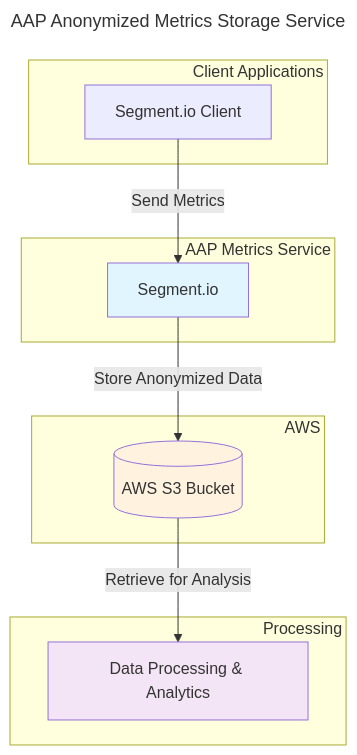
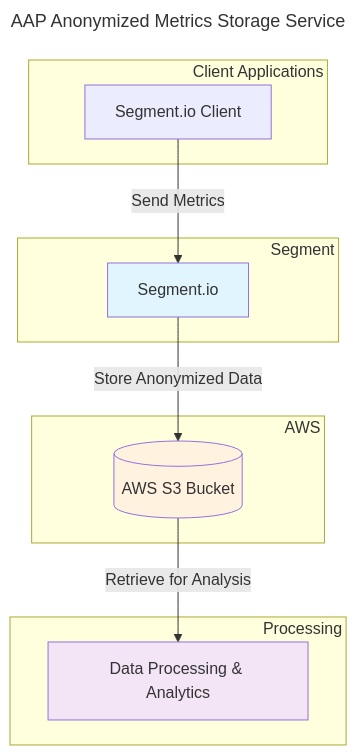
One commit to benthomasson/aap-metrics-demo changed the diagram in README.md. Above: the diagram before and after it, drawn with Mermaid.

Commit message:
Tweak diagram

````diff
--- a/README.md
+++ b/README.md
@@ -14,29 +14,29 @@
 ```mermaid
 ---
 title: AAP Anonymized Metrics Storage Service
 ---
 flowchart TB
-    subgraph AMS["&nbsp;&nbsp;&nbsp;&nbsp;&nbsp;&nbsp;&nbsp;&nbsp;&nbsp;&nbsp;&nbsp;&nbsp;&nbsp;&nbsp;&nbsp;&nbsp;&nbsp;&nbsp;&nbsp;&nbsp;&nbsp;&nbsp;&nbsp;&nbsp;&nbsp;&nbsp;&nbsp;&nbsp;&nbsp;&nbsp;&nbsp;&nbsp;&nbsp;&nbsp;&nbsp;&nbsp;AAP Metrics Service"]
+    subgraph AMS["&nbsp;&nbsp;&nbsp;&nbsp;&nbsp;&nbsp;&nbsp;&nbsp;&nbsp;&nbsp;&nbsp;&nbsp;&nbsp;&nbsp;&nbsp;&nbsp;&nbsp;&nbsp;&nbsp;&nbsp;&nbsp;&nbsp;&nbsp;&nbsp;&nbsp;&nbsp;&nbsp;&nbsp;&nbsp;&nbsp;&nbsp;&nbsp;&nbsp;&nbsp;&nbsp;&nbsp;&nbsp;&nbsp;&nbsp;&nbsp;&nbsp;&nbsp;&nbsp;&nbsp;&nbsp;&nbsp;&nbsp;&nbsp;&nbsp;&nbsp;&nbsp;&nbsp;&nbsp;&nbsp;&nbsp;&nbsp;Segment"]
         Service[Segment.io]
     end
     
     subgraph CA["&nbsp;&nbsp;&nbsp;&nbsp;&nbsp;&nbsp;&nbsp;&nbsp;&nbsp;&nbsp;&nbsp;&nbsp;&nbsp;&nbsp;&nbsp;&nbsp;&nbsp;&nbsp;&nbsp;&nbsp;&nbsp;&nbsp;&nbsp;&nbsp;&nbsp;&nbsp;&nbsp;&nbsp;&nbsp;&nbsp;&nbsp;&nbsp;&nbsp;&nbsp;&nbsp;&nbsp;Client Applications"]
         Client[Segment.io Client]
     end
     
     subgraph AWS["&nbsp;&nbsp;&nbsp;&nbsp;&nbsp;&nbsp;&nbsp;&nbsp;&nbsp;&nbsp;&nbsp;&nbsp;&nbsp;&nbsp;&nbsp;&nbsp;&nbsp;&nbsp;&nbsp;&nbsp;&nbsp;&nbsp;&nbsp;&nbsp;&nbsp;&nbsp;&nbsp;&nbsp;&nbsp;&nbsp;&nbsp;&nbsp;&nbsp;&nbsp;&nbsp;&nbsp;&nbsp;&nbsp;&nbsp;&nbsp;&nbsp;&nbsp;&nbsp;&nbsp;&nbsp;&nbsp;&nbsp;&nbsp;&nbsp;&nbsp;&nbsp;&nbsp;&nbsp;&nbsp;&nbsp;&nbsp;AWS"]
         S3[(AWS S3 Bucket)]
     end
     
     subgraph PROC["&nbsp;&nbsp;&nbsp;&nbsp;&nbsp;&nbsp;&nbsp;&nbsp;&nbsp;&nbsp;&nbsp;&nbsp;&nbsp;&nbsp;&nbsp;&nbsp;&nbsp;&nbsp;&nbsp;&nbsp;&nbsp;&nbsp;&nbsp;&nbsp;&nbsp;&nbsp;&nbsp;&nbsp;&nbsp;&nbsp;&nbsp;&nbsp;&nbsp;&nbsp;&nbsp;&nbsp;&nbsp;&nbsp;&nbsp;&nbsp;&nbsp;&nbsp;&nbsp;&nbsp;&nbsp;&nbsp;&nbsp;&nbsp;&nbsp;&nbsp;&nbsp;&nbsp;&nbsp;&nbsp;&nbsp;&nbsp;Processing"]
         Analytics[Data Processing & Analytics]
     end
     
     Client -->|Send Metrics| Service
     Service -->|Store Anonymized Data| S3
     S3 -->|Retrieve for Analysis| Analytics
     
     style Service fill:#e1f5fe
     style S3 fill:#fff3e0
     style Analytics fill:#f3e5f5
 ```
````
